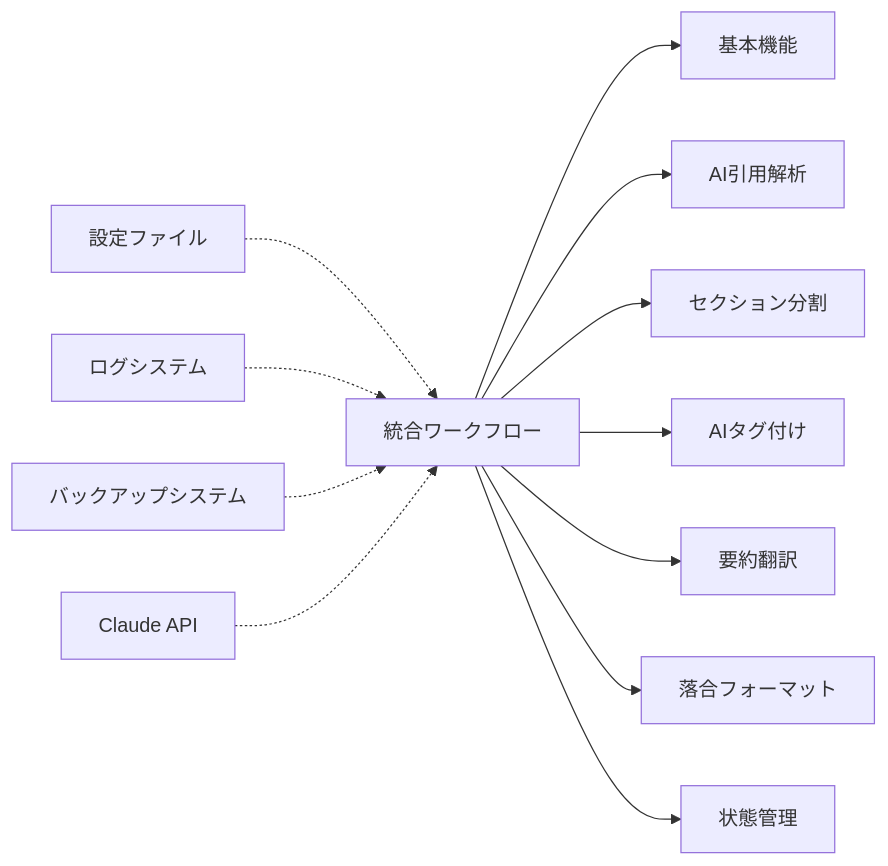
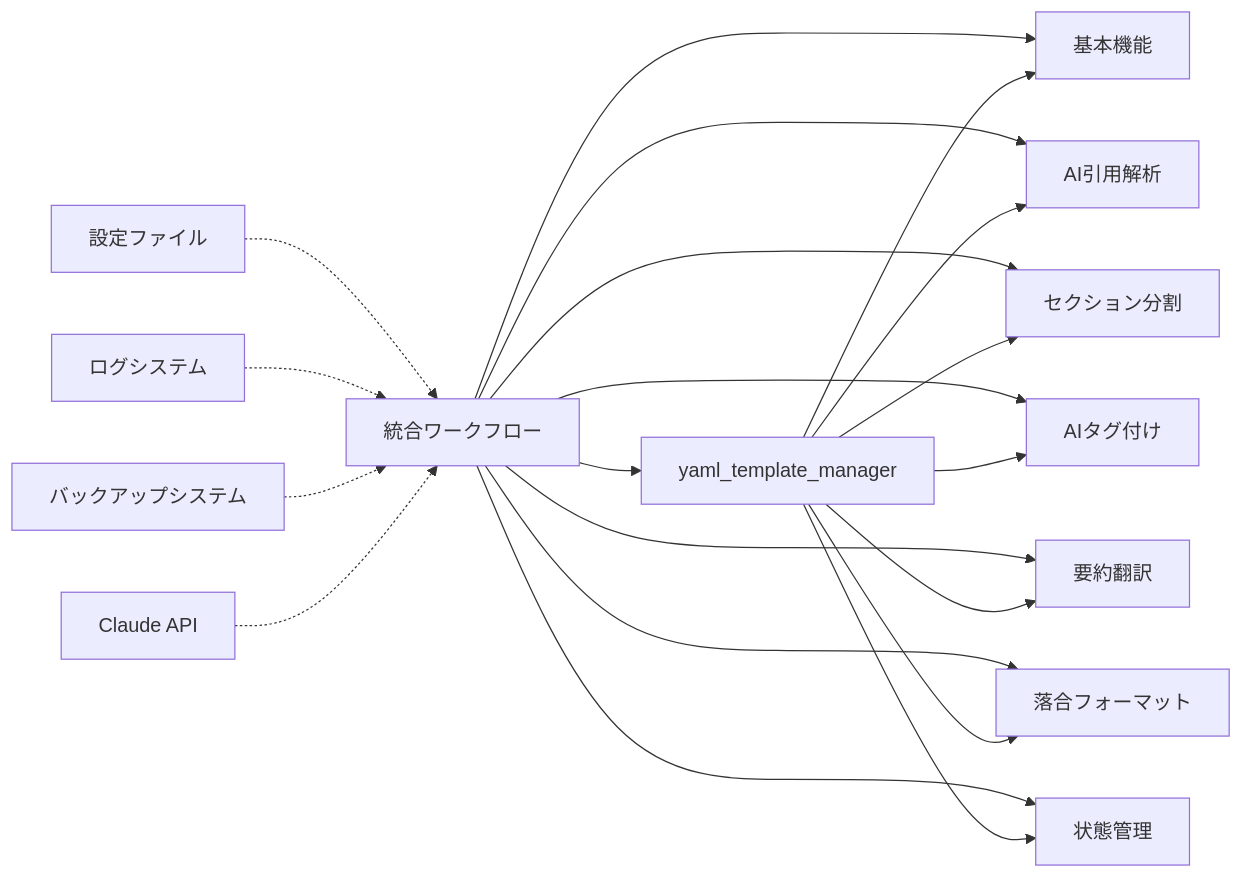
The second of 2 diagrams in code/contexts/integrated_workflow_specification.md (shuu5/ObsClippingsManager), drawn with Mermaid before and after one commit. The commit also changed other lines of this file and 8 other files, not shown here.

````diff
--- a/code/contexts/integrated_workflow_specification.md
+++ b/code/contexts/integrated_workflow_specification.md
@@ -30,15 +33,24 @@
 ```mermaid
 graph LR
-    A["統合ワークフロー"] --> B["基本機能"]
-    A --> C["AI引用解析"]
-    A --> D["セクション分割"]
-    A --> E["AIタグ付け"]
-    A --> F["要約翻訳"]
-    A --> G["落合フォーマット"]
-    A --> H["状態管理"]
+    A["統合ワークフロー"] --> B["yaml_template_manager"]
+    A --> C["基本機能"]
+    A --> D["AI引用解析"]
+    A --> E["セクション分割"]
+    A --> F["AIタグ付け"]
+    A --> G["要約翻訳"]
+    A --> H["落合フォーマット"]
+    A --> I["状態管理"]
     
-    I["設定ファイル"] -.-> A
-    J["ログシステム"] -.-> A
-    K["バックアップシステム"] -.-> A
-    L["Claude API"] -.-> A
+    B --> C
+    B --> D
+    B --> E
+    B --> F
+    B --> G
+    B --> H
+    B --> I
+    
+    J["設定ファイル"] -.-> A
+    K["ログシステム"] -.-> A
+    L["バックアップシステム"] -.-> A
+    M["Claude API"] -.-> A
 ```
````
